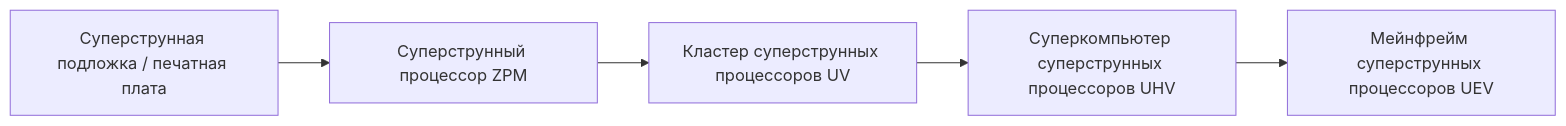
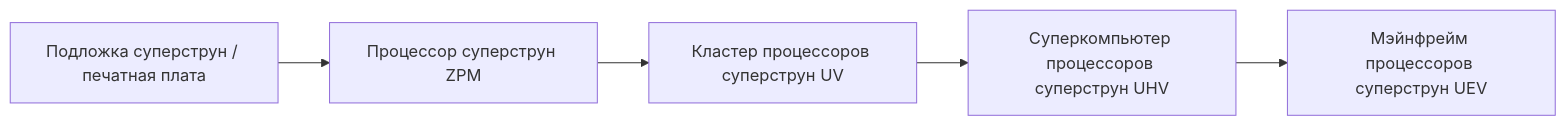
One commit to takanashisatou/GregtechEasy changed the first of 2 diagrams in docs/ru/gtecore/circuits-and-materials.md. Above: the diagram before and after it, drawn with Mermaid. The commit also changed other lines of this file and 138 other files, not shown here.

````diff
--- a/docs/ru/gtecore/circuits-and-materials.md
+++ b/docs/ru/gtecore/circuits-and-materials.md
@@ -11,7 +11,7 @@
 ```mermaid
 graph LR
-    A[Суперструнная подложка / печатная плата] --> B[Суперструнный процессор ZPM]
-    B --> C[Кластер суперструнных процессоров UV]
-    C --> D[Суперкомпьютер суперструнных процессоров UHV]
-    D --> E[Мейнфрейм суперструнных процессоров UEV]
+    A[Подложка суперструн / печатная плата] --> B[Процессор суперструн ZPM]
+    B --> C[Кластер процессоров суперструн UV]
+    C --> D[Суперкомпьютер процессоров суперструн UHV]
+    D --> E[Мэйнфрейм процессоров суперструн UEV]
 ```
````
